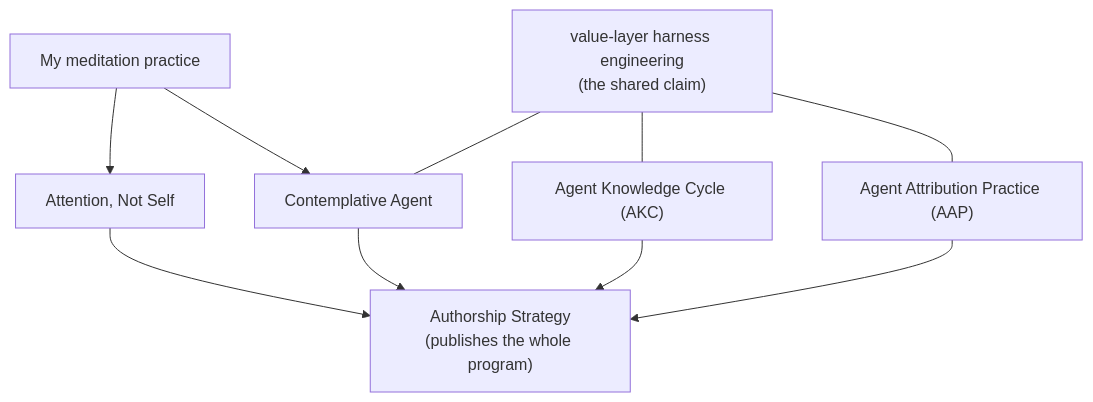
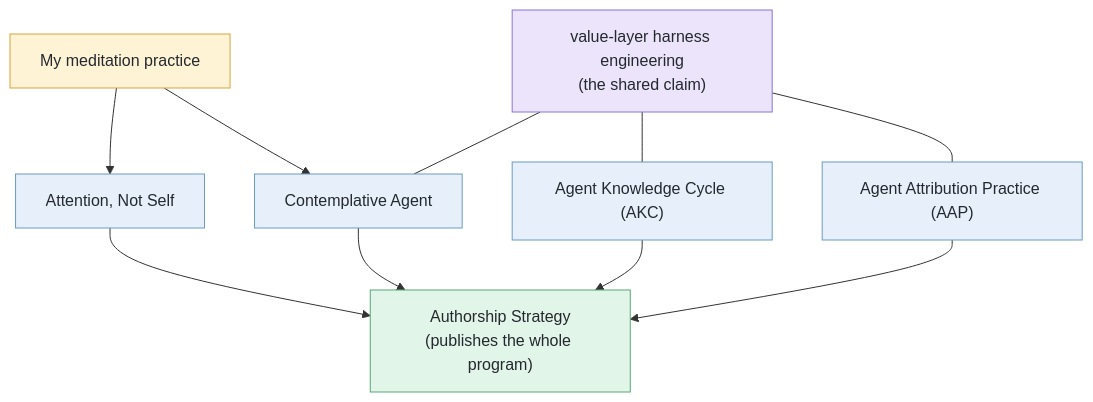
Before and after one commit to shimo4228/shimo4228: the diagram in README.md, drawn with Mermaid. The commit also changed 1 other file, not shown here.

Commit message:
docs(readme): color-code Through-line diagram roles via Mermaid classDef

````diff
--- a/README.md
+++ b/README.md
@@ -33,9 +33,17 @@
 ```mermaid
 graph TD
     M["My meditation practice"] --> ANS["Attention, Not Self"]
     M --> CA["Contemplative Agent"]
     V["value-layer harness engineering<br>(the shared claim)"] --- CA
     V --- AKC["Agent Knowledge Cycle (AKC)"]
     V --- AAP["Agent Attribution Practice (AAP)"]
     ANS & CA & AKC & AAP --> AS["Authorship Strategy<br>(publishes the whole program)"]
+    classDef source fill:#FFF3D6,stroke:#D9A33C,color:#24292F
+    classDef claim fill:#EBE4FA,stroke:#8B72D6,color:#24292F
+    classDef lineNode fill:#E7F0FA,stroke:#6A9BC3,color:#24292F
+    classDef sink fill:#E2F5E9,stroke:#57A874,color:#24292F
+    class M source
+    class V claim
+    class ANS,CA,AKC,AAP lineNode
+    class AS sink
 ```
````
